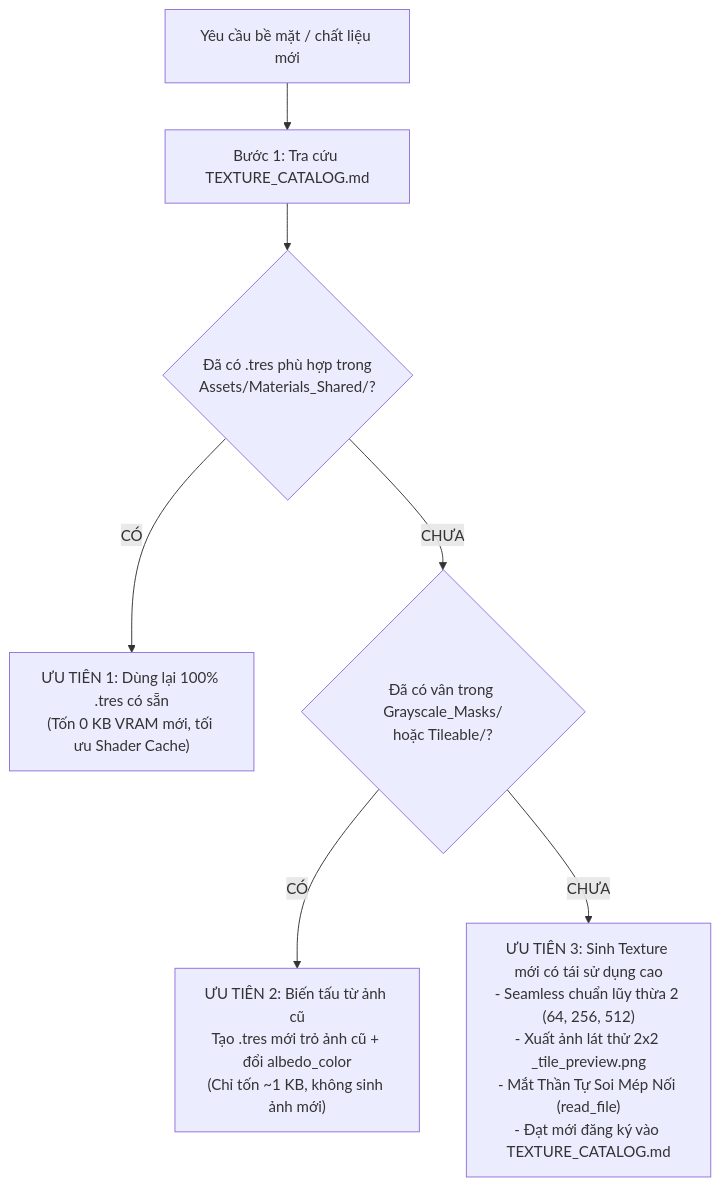
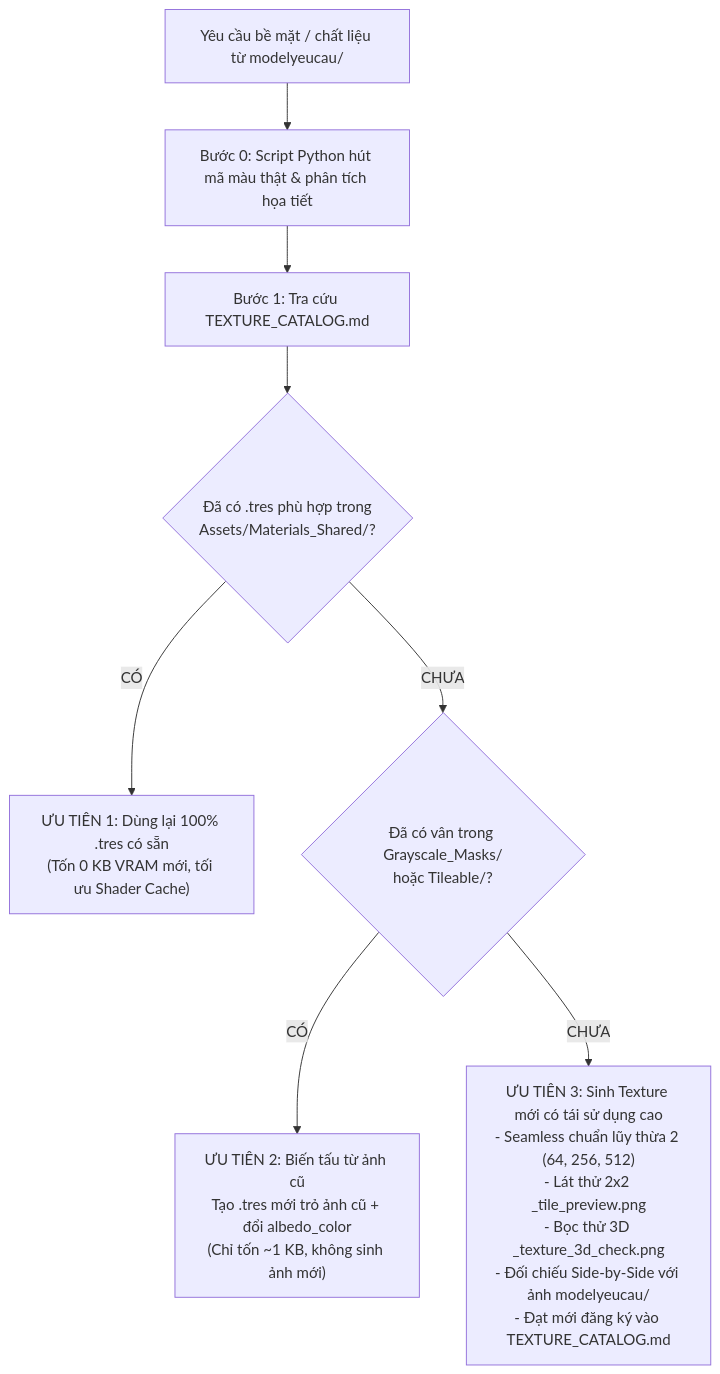
One commit to namsoaica/gamexnhau changed the diagram in .agents/skills/texture-architect/SKILL.md. Above: the diagram before and after it, drawn with Mermaid. The commit also changed other lines of this file and 5 other files, not shown here.

Commit message:
feat: establish texture sampling, mandatory UV unwrapping, 3D material check, side-by-side visual diff and character rigging pipeline

````diff
--- a/.agents/skills/texture-architect/SKILL.md
+++ b/.agents/skills/texture-architect/SKILL.md
@@ -29,9 +84,10 @@
 ```mermaid
 flowchart TD
-    Start["Yêu cầu bề mặt / chất liệu mới"] --> Step1["Bước 1: Tra cứu TEXTURE_CATALOG.md"]
+    Start["Yêu cầu bề mặt / chất liệu từ modelyeucau/"] --> Sample["Bước 0: Script Python hút mã màu thật & phân tích họa tiết"]
+    Sample --> Step1["Bước 1: Tra cứu TEXTURE_CATALOG.md"]
     Step1 --> Check1{"Đã có .tres phù hợp trong<br>Assets/Materials_Shared/?"}
     Check1 -- "CÓ" --> Reuse["ƯU TIÊN 1: Dùng lại 100% .tres có sẵn<br>(Tốn 0 KB VRAM mới, tối ưu Shader Cache)"]
     Check1 -- "CHƯA" --> Check2{"Đã có vân trong Grayscale_Masks/<br>hoặc Tileable/?"}
     Check2 -- "CÓ" --> MaskVariant["ƯU TIÊN 2: Biến tấu từ ảnh cũ<br>Tạo .tres mới trỏ ảnh cũ + đổi albedo_color<br>(Chỉ tốn ~1 KB, không sinh ảnh mới)"]
-    Check2 -- "CHƯA" --> CreateNew["ƯU TIÊN 3: Sinh Texture mới có tái sử dụng cao<br>- Seamless chuẩn lũy thừa 2 (64, 256, 512)<br>- Xuất ảnh lát thử 2x2 _tile_preview.png<br>- Mắt Thần Tự Soi Mép Nối (read_file)<br>- Đạt mới đăng ký vào TEXTURE_CATALOG.md"]
+    Check2 -- "CHƯA" --> CreateNew["ƯU TIÊN 3: Sinh Texture mới có tái sử dụng cao<br>- Seamless chuẩn lũy thừa 2 (64, 256, 512)<br>- Lát thử 2x2 _tile_preview.png<br>- Bọc thử 3D _texture_3d_check.png<br>- Đối chiếu Side-by-Side với ảnh modelyeucau/<br>- Đạt mới đăng ký vào TEXTURE_CATALOG.md"]
 ```
````
